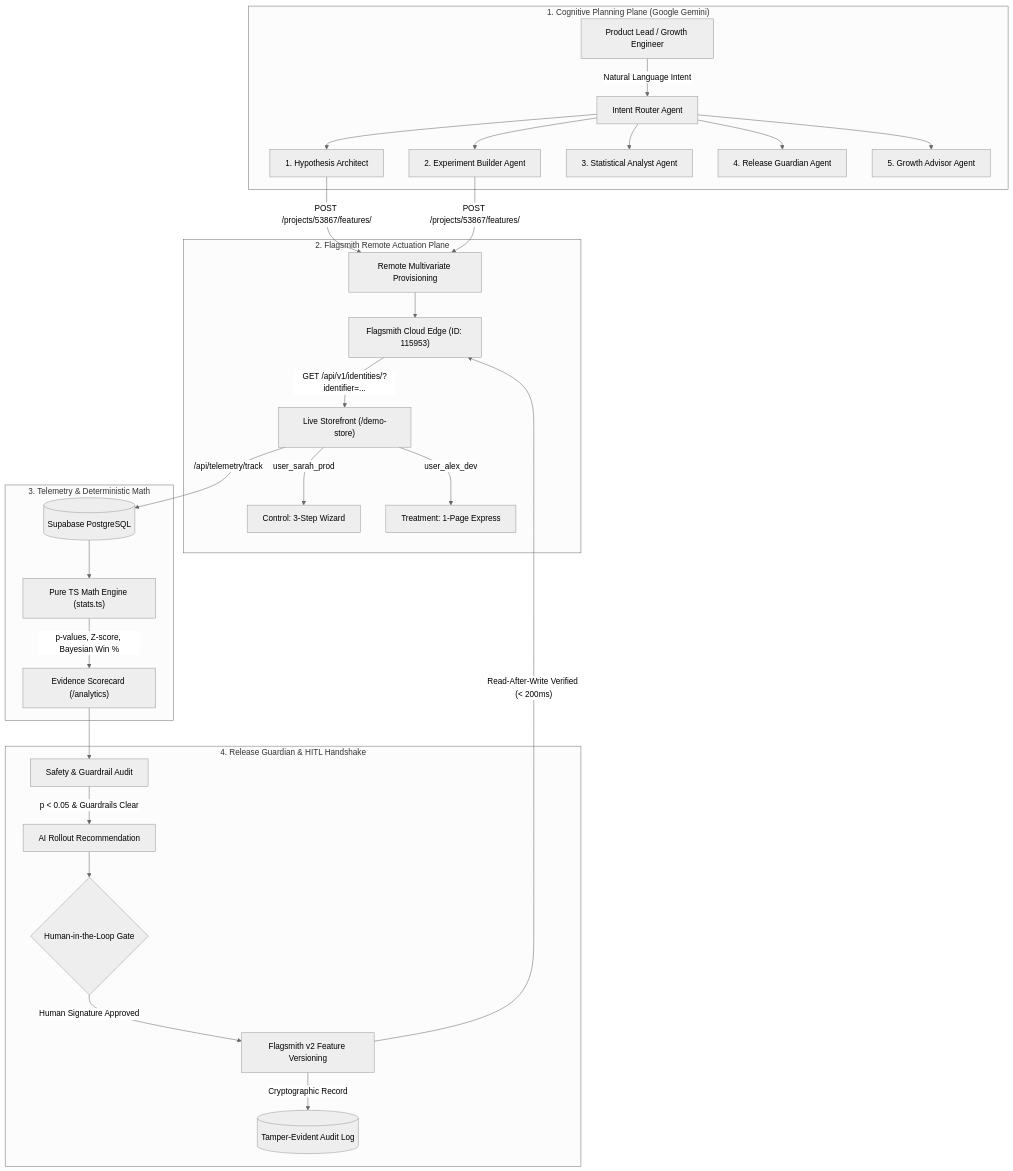
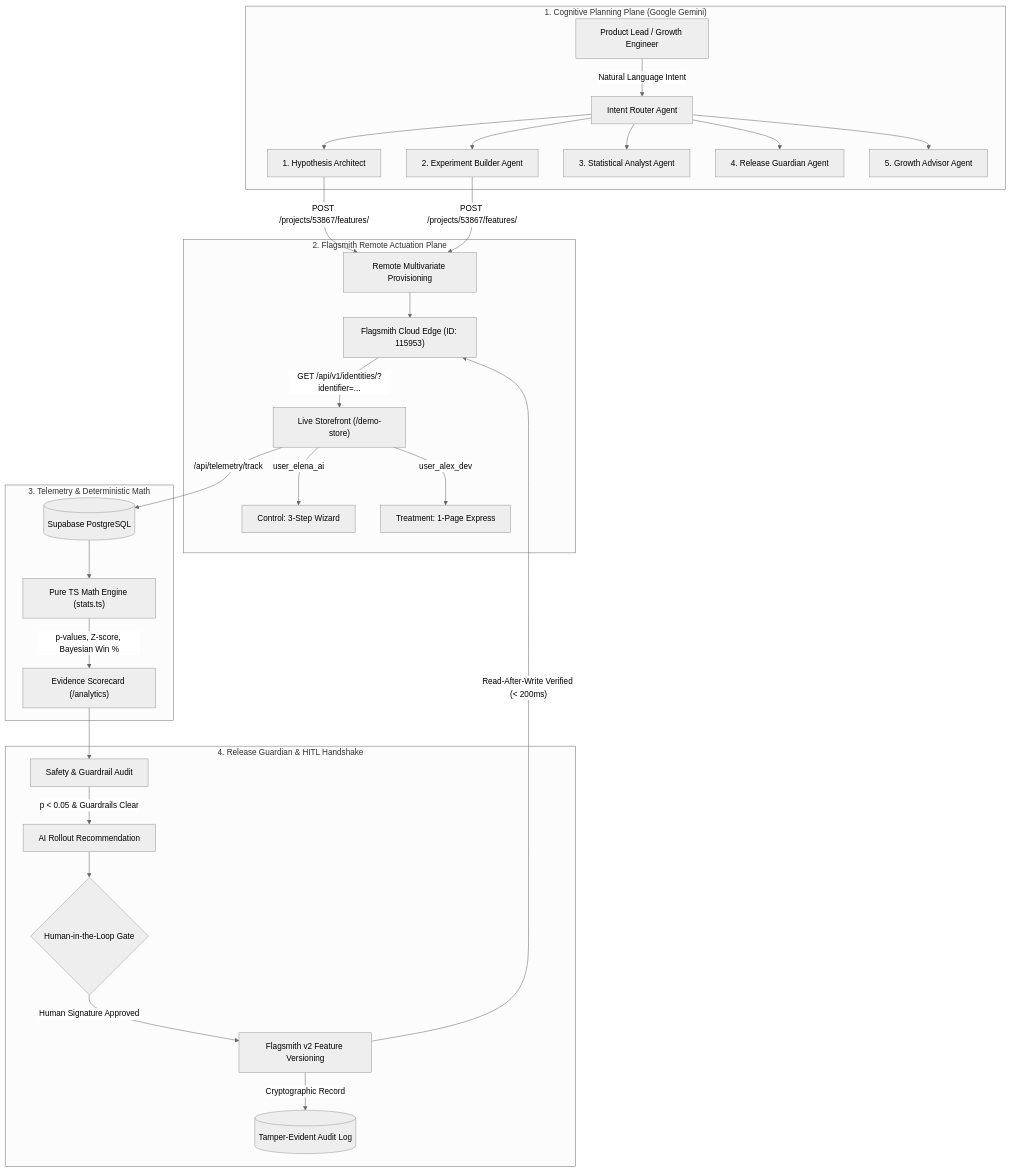
Before and after one commit to Shubhamver45/PulsePilot: the diagram in README.md, drawn with Mermaid (neutral theme). The commit also changed other lines of this file, not shown here.

````diff
--- a/README.md
+++ b/README.md
@@ -41,34 +41,34 @@
 ```mermaid
 flowchart TD
     subgraph PlanningPlane["1. Cognitive Planning Plane (Google Gemini)"]
       User["Product Lead / Growth Engineer"] -->|"Natural Language Intent"| Dispatcher["Intent Router Agent"]
       Dispatcher --> Strategy["1. Hypothesis Architect"]
       Dispatcher --> Builder["2. Experiment Builder Agent"]
       Dispatcher --> Analytics["3. Statistical Analyst Agent"]
       Dispatcher --> Guardian["4. Release Guardian Agent"]
       Dispatcher --> Advisor["5. Growth Advisor Agent"]
     end
 
     subgraph ActuationPlane["2. Flagsmith Remote Actuation Plane"]
       Strategy & Builder -->|"POST /projects/53867/features/"| FS_Create["Remote Multivariate Provisioning"]
       FS_Create --> FS_Edge["Flagsmith Cloud Edge (ID: 115953)"]
       FS_Edge -->|"GET /api/v1/identities/?identifier=..."| Store["Live Storefront (/demo-store)"]
-      Store -->|"user_sarah_prod"| V_Control["Control: 3-Step Wizard"]
+      Store -->|"user_elena_ai"| V_Control["Control: 3-Step Wizard"]
       Store -->|"user_alex_dev"| V_Treatment["Treatment: 1-Page Express"]
     end
 
     subgraph TelemetryPlane["3. Telemetry & Deterministic Math"]
       Store -->|"/api/telemetry/track"| DB[(Supabase PostgreSQL)]
       DB --> MathEngine["Pure TS Math Engine (stats.ts)"]
       MathEngine -->|"p-values, Z-score, Bayesian Win %"| Scorecard["Evidence Scorecard (/analytics)"]
     end
 
     subgraph GovernancePlane["4. Release Guardian & HITL Handshake"]
       Scorecard --> GuardianCheck["Safety & Guardrail Audit"]
       GuardianCheck -->|"p < 0.05 & Guardrails Clear"| Rec["AI Rollout Recommendation"]
       Rec --> HITL{"Human-in-the-Loop Gate"}
       HITL -->|"Human Signature Approved"| FS_Mutate["Flagsmith v2 Feature Versioning"]
       FS_Mutate -->|"Read-After-Write Verified (< 200ms)"| FS_Edge
       FS_Mutate -->|"Cryptographic Record"| Audit[(Tamper-Evident Audit Log)]
     end
 ```
````
